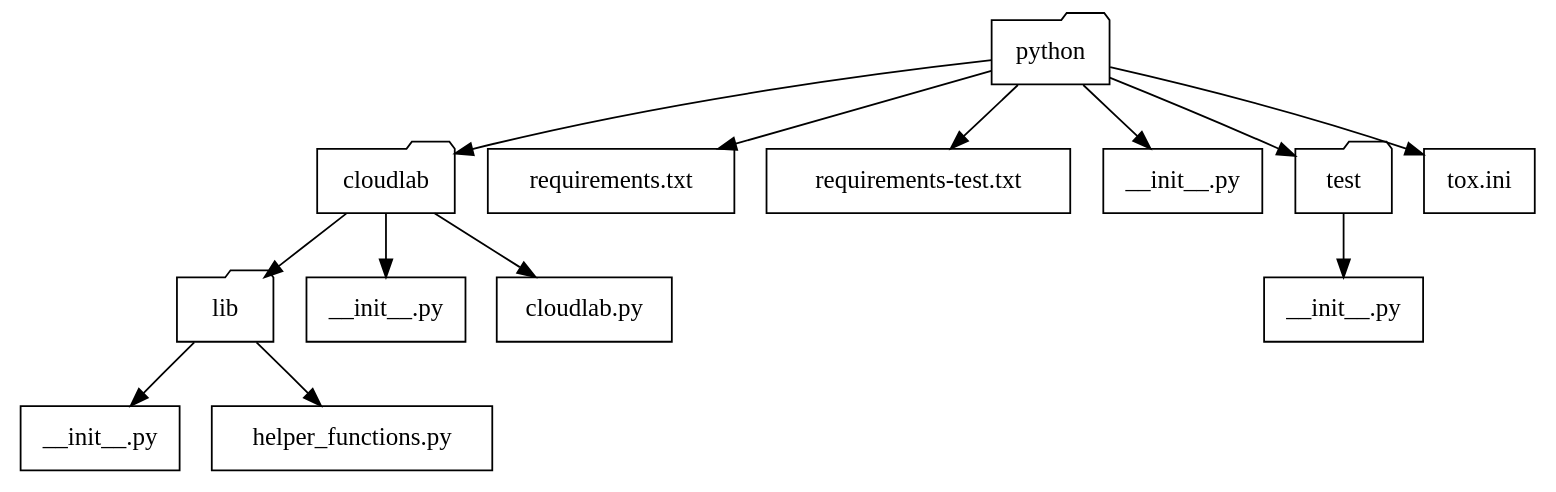
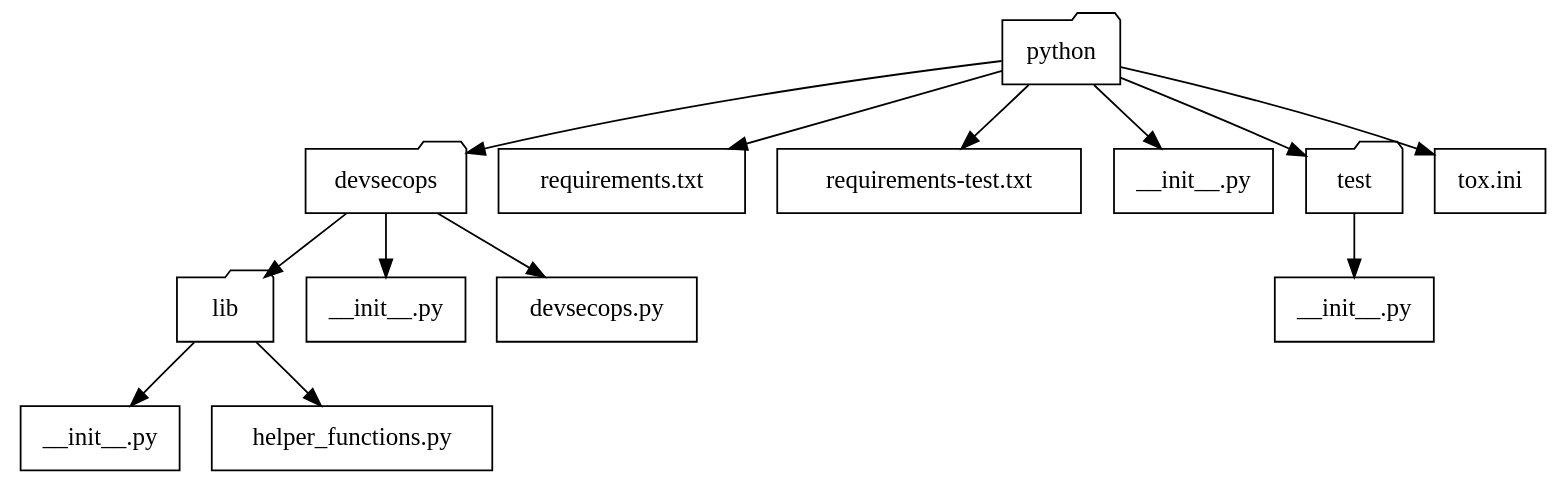
Before and after one commit to ajcborges/devsecops-tactical-workbook: the diagram in docs/_source/04_python.rst, drawn with Graphviz. The commit also changed other lines of this file and 9 other files, not shown here.

```diff
--- a/docs/_source/04_python.rst
+++ b/docs/_source/04_python.rst
@@ -203,32 +203,32 @@
 .. graphviz::
    :caption: Project Directory
    :align: center
 
    digraph folders {
       1 [label="python", shape=folder];
-      2 [label="cloudlab", shape=folder];
+      2 [label="devsecops", shape=folder];
       3 [label="lib", shape=folder];
       4 [label="requirements.txt", shape=rectangle];
       5 [label="requirements-test.txt", shape=rectangle];
       6 [label="__init__.py", shape=rectangle];
       7 [label="__init__.py", shape=rectangle];
       8 [label="test", shape=folder];
-      9 [label="cloudlab.py", shape=rectangle];
+      9 [label="devsecops.py", shape=rectangle];
       A [label="__init__.py", shape=rectangle];
       B [label="__init__.py", shape=rectangle];
       C [label="tox.ini", shape=rectangle];
       D [label="helper_functions.py", shape=rectangle];
 
       1 -> 2;
       1 -> 6;
       2 -> 3;
       1 -> 4;
       1 -> 5;
       2 -> 7;
       1 -> 8;
       2 -> 9;
       8 -> A;
       3 -> B;
       1 -> C;
       3 -> D;
    }
```
